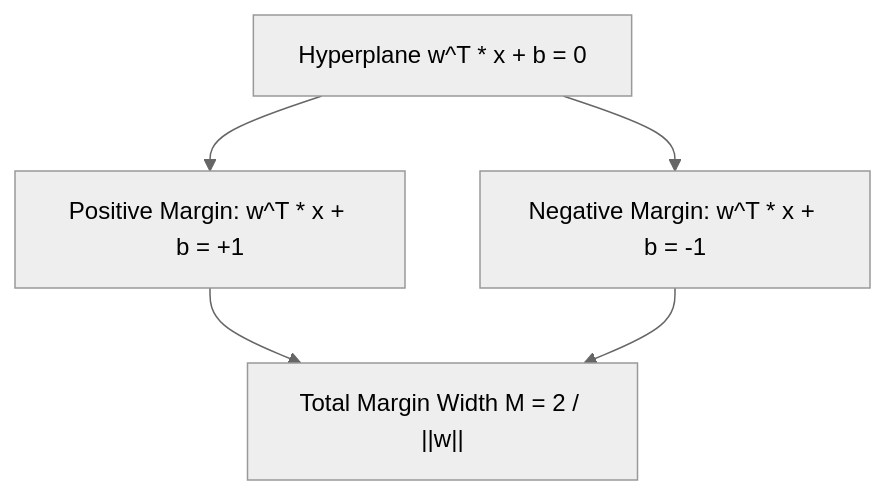
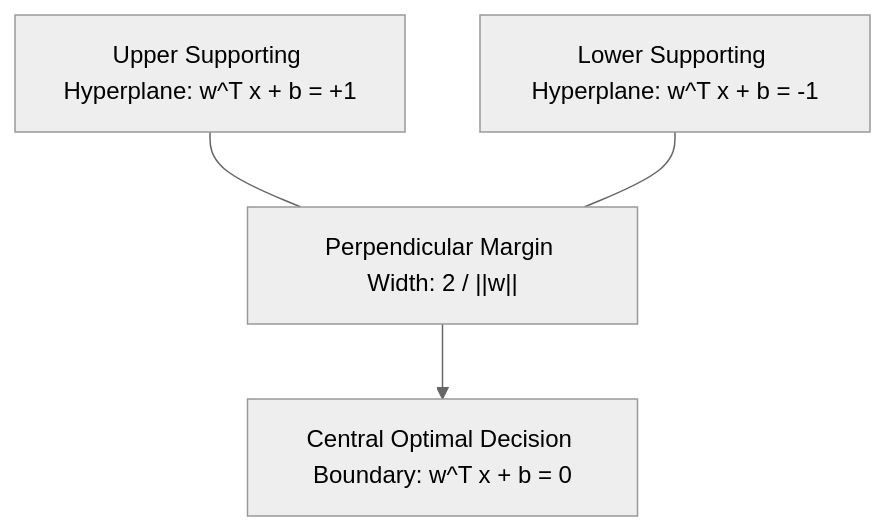
Before and after one commit to S1h2i3v4a/AI_ML: the diagram in lecture_21/Notes_21.05/README.md, drawn with Mermaid (neutral theme). The commit also changed other lines of this file and 203 other files, not shown here.

Commit message:
docs(lectures 19-21): align notes with video lectures, add blackboard diagrams, clean structured functions, and compile vector PDFs

````diff
--- a/lecture_21/Notes_21.05/README.md
+++ b/lecture_21/Notes_21.05/README.md
@@ -15,7 +10,6 @@
 ```mermaid
 flowchart TD
-    A["Hyperplane w^T * x + b = 0"] --> B["Positive Margin: w^T * x + b = +1"]
-    A --> C["Negative Margin: w^T * x + b = -1"]
-    B --> D["Total Margin Width M = 2 / ||w||"]
-    C --> D
+    L1["Upper Supporting Hyperplane: w^T x + b = +1"] --- Sep["Perpendicular Margin Width: 2 / ||w||"]
+    L2["Lower Supporting Hyperplane: w^T x + b = -1"] --- Sep
+    Sep --> Bound["Central Optimal Decision Boundary: w^T x + b = 0"]
 ```
````
